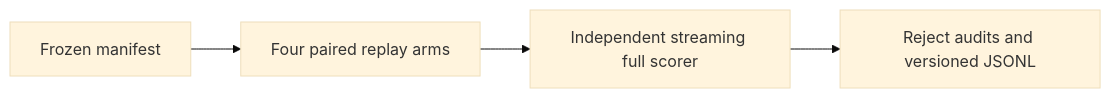
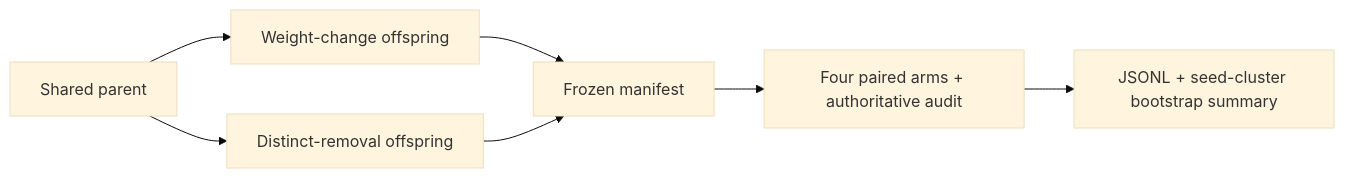
The diagram in docs/archive/pr-summaries/pr-summary-680.md (stSoftwareAU/NEAT-AI-scorer), drawn with Mermaid (base theme) before and after one commit. The commit also changed other lines of this file, not shown here.

First line of the commit message:
Replace the Issue #680 PR summary for the near-clone stress run

````diff
--- a/docs/archive/pr-summaries/pr-summary-680.md
+++ b/docs/archive/pr-summaries/pr-summary-680.md
@@ -76,6 +79,9 @@
 ```mermaid
 flowchart LR
-    M[Frozen manifest] --> A[Four paired replay arms]
-    A --> F[Independent streaming full scorer]
-    F --> R[Reject audits and versioned JSONL]
+    P[Shared parent] --> W[Weight-change offspring]
+    P --> R[Distinct-removal offspring]
+    W --> M[Frozen manifest]
+    R --> M
+    M --> A[Four paired arms + authoritative audit]
+    A --> J[JSONL + seed-cluster bootstrap summary]
 ```
````
